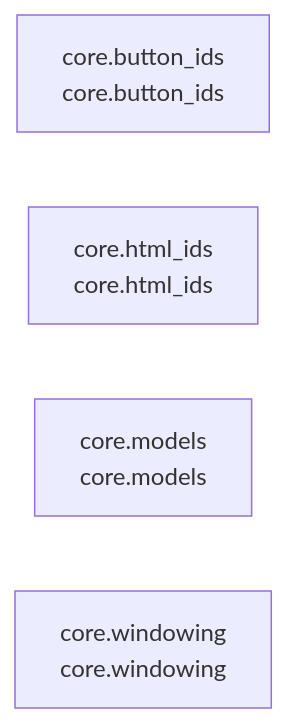
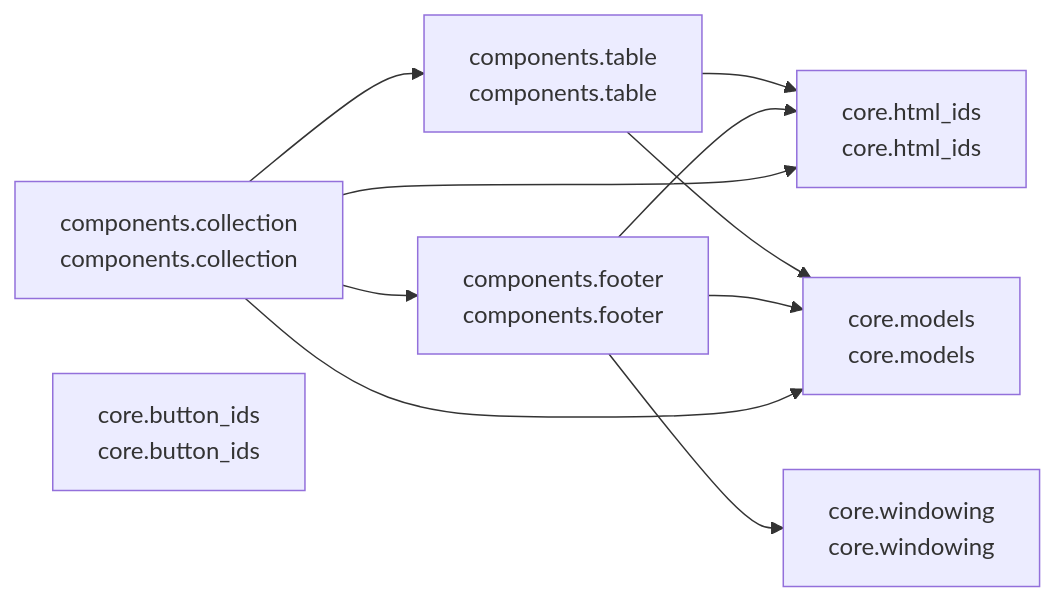
The diagram in README.md (cj-mills/cjm-fasthtml-virtual-collection), drawn with Mermaid before and after one commit. The commit also changed other lines of this file and 10 other files, not shown here.

Commit message:
Add Phase 2 table rendering components with CSS Grid layout, stable cell IDs, footer, and demo app integration.

````diff
--- a/README.md
+++ b/README.md
@@ -25,7 +29,20 @@
 ``` mermaid
 graph LR
+    components_collection[components.collection<br/>components.collection]
+    components_footer[components.footer<br/>components.footer]
+    components_table[components.table<br/>components.table]
     core_button_ids[core.button_ids<br/>core.button_ids]
     core_html_ids[core.html_ids<br/>core.html_ids]
     core_models[core.models<br/>core.models]
     core_windowing[core.windowing<br/>core.windowing]
+
+    components_collection --> core_html_ids
+    components_collection --> components_table
+    components_collection --> core_models
+    components_collection --> components_footer
+    components_footer --> core_windowing
+    components_footer --> core_html_ids
+    components_footer --> core_models
+    components_table --> core_models
+    components_table --> core_html_ids
 ```
````
